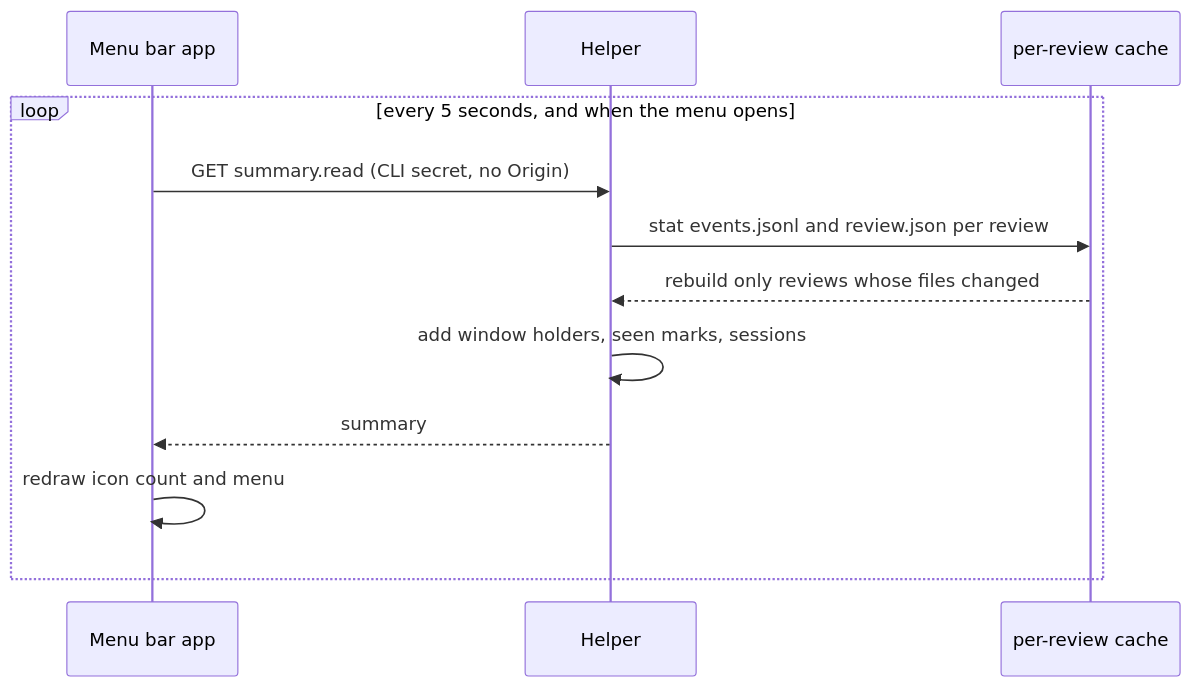
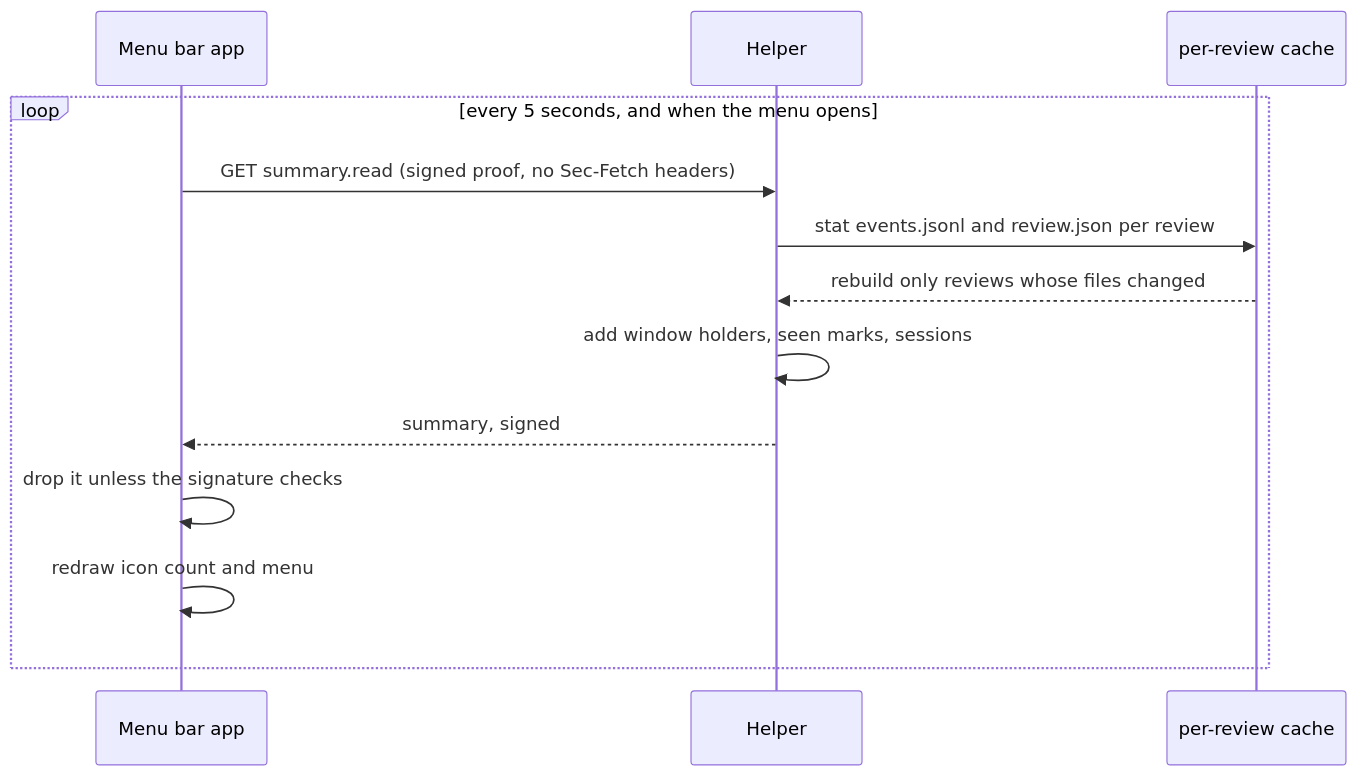
Before and after one commit to kenxle/live-agentic-html-editor: the second of 4 diagrams in docs/features/20261012.01_menu_bar_app/02_architecture_menu_bar_app.md, drawn with Mermaid. The commit also changed other lines of this file and 7 other files, not shown here.

Commit message:
Menu bar app: security review integrated (signed requests, page bounds, narrow allowlist)

````diff
--- a/docs/features/20261012.01_menu_bar_app/02_architecture_menu_bar_app.md
+++ b/docs/features/20261012.01_menu_bar_app/02_architecture_menu_bar_app.md
@@ -127,14 +127,15 @@
 ```mermaid
 sequenceDiagram
     participant App as Menu bar app
     participant H as Helper
     participant Cache as per-review cache
     loop every 5 seconds, and when the menu opens
-        App->>H: GET summary.read (CLI secret, no Origin)
+        App->>H: GET summary.read (signed proof, no Sec-Fetch headers)
         H->>Cache: stat events.jsonl and review.json per review
         Cache-->>H: rebuild only reviews whose files changed
         H->>H: add window holders, seen marks, sessions
-        H-->>App: summary
+        H-->>App: summary, signed
+        App->>App: drop it unless the signature checks
         App->>App: redraw icon count and menu
     end
 ```
````
